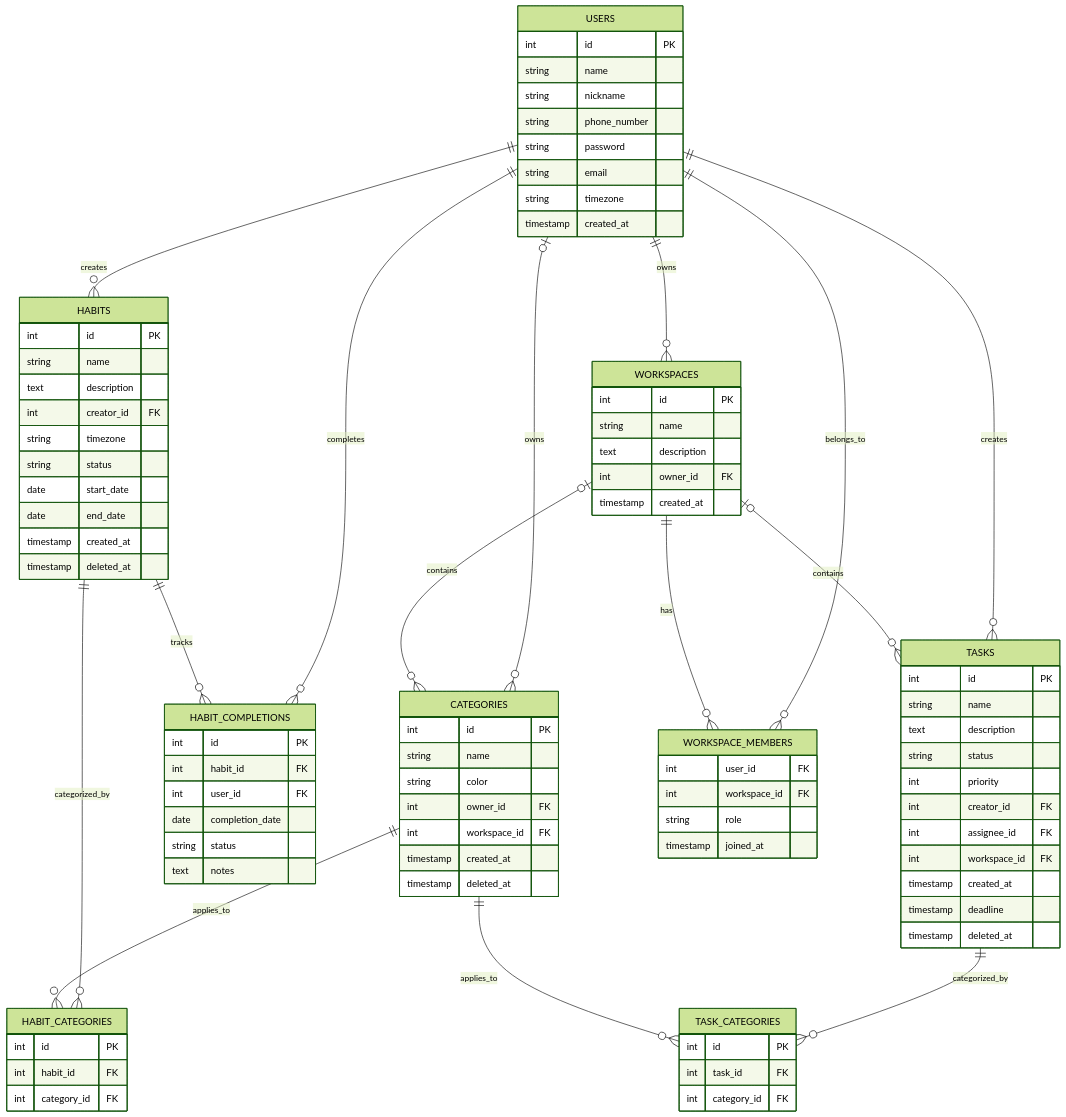
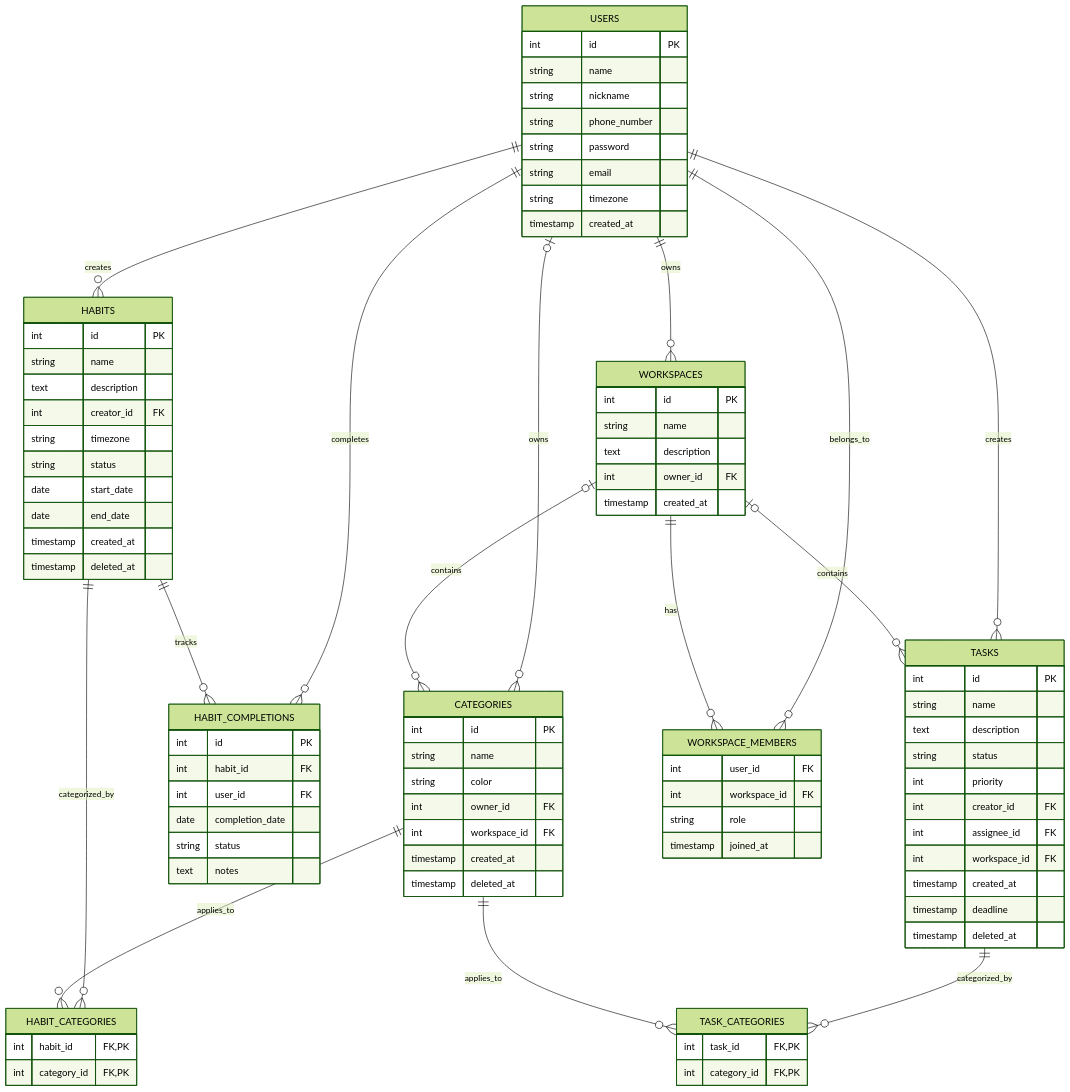
One commit to cyjiky/Trackly-db changed the diagram in docs/diagramm.mmd. Above: the diagram before and after it, drawn with Mermaid (forest theme).

Commit message:
fix(lab-1): remove `id` in secondary M2M tables, add combined PK instead

```diff
--- a/docs/diagramm.mmd
+++ b/docs/diagramm.mmd
@@ -1,102 +1,100 @@
 erDiagram
   USERS ||--o{ HABITS : "creates"
   USERS ||--o{ TASKS : "creates"
   USERS ||--o{ WORKSPACES : "owns"
   USERS ||--o{ HABIT_COMPLETIONS : "completes"
   USERS |o--o{ CATEGORIES : "owns"
   USERS ||--o{ WORKSPACE_MEMBERS : "belongs_to"
 
   WORKSPACES ||--o{ WORKSPACE_MEMBERS : "has"
   WORKSPACES |o--o{ TASKS : "contains"
   WORKSPACES |o--o{ CATEGORIES : "contains"
 
   HABITS ||--o{ HABIT_COMPLETIONS : "tracks"
   HABITS ||--o{ HABIT_CATEGORIES : "categorized_by"
   CATEGORIES ||--o{ HABIT_CATEGORIES : "applies_to"
 
   TASKS ||--o{ TASK_CATEGORIES : "categorized_by"
   CATEGORIES ||--o{ TASK_CATEGORIES : "applies_to"
 
   USERS {
     int id PK
     string name
     string nickname 
     string phone_number 
     string password
     string email
     string timezone
     timestamp created_at
   }
 
   HABITS {
     int id PK
     string name
     text description
     int creator_id FK
     string timezone
     string status
     date start_date
     date end_date
     timestamp created_at
     timestamp deleted_at
   }
 
   HABIT_COMPLETIONS {
     int id PK
     int habit_id FK
     int user_id FK
     date completion_date
     string status
     text notes
   }
 
   TASKS {
     int id PK
     string name
     text description
     string status
     int priority
     int creator_id FK
     int assignee_id FK
     int workspace_id FK
     timestamp created_at
     timestamp deadline
     timestamp deleted_at
   }
 
   CATEGORIES {
     int id PK
     string name
     string color
     int owner_id FK
     int workspace_id FK
     timestamp created_at
     timestamp deleted_at
   }
   
   WORKSPACES {
     int id PK
     string name
     text description
     int owner_id FK
     timestamp created_at
   }
 
   WORKSPACE_MEMBERS {
     int user_id FK
     int workspace_id FK
     string role
     timestamp joined_at
   }
 
   TASK_CATEGORIES {
-    int id PK
-    int task_id FK
-    int category_id FK
+    int task_id FK, PK
+    int category_id FK, PK
   }
 
   HABIT_CATEGORIES {
-    int id PK
-    int habit_id FK
-    int category_id FK
+    int habit_id FK, PK
+    int category_id FK, PK
   }
```
